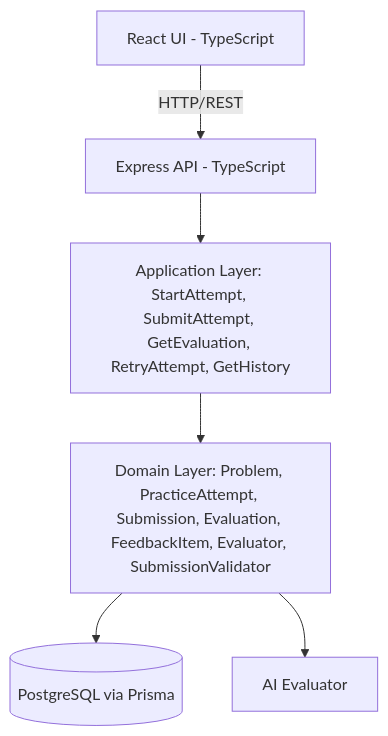
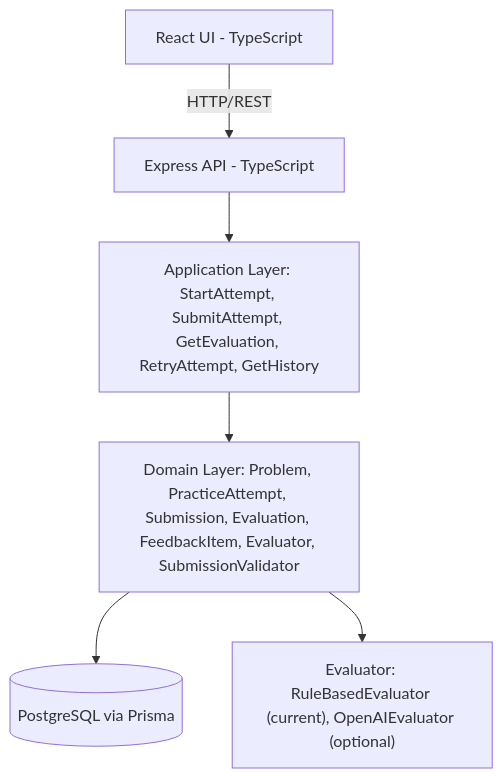
The second of 5 diagrams in design.md (shaurya-sehgal5/LLD), drawn with Mermaid before and after one commit. The commit also changed other lines of this file and 5 other files, not shown here.

````diff
--- a/design.md
+++ b/design.md
@@ -51,15 +53,15 @@
 ```mermaid
 flowchart TB
     UI["React UI - TypeScript"]
     API["Express API - TypeScript"]
     APP["Application Layer: StartAttempt, SubmitAttempt, GetEvaluation, RetryAttempt, GetHistory"]
     DOMAIN["Domain Layer: Problem, PracticeAttempt, Submission, Evaluation, FeedbackItem, Evaluator, SubmissionValidator"]
     DB[("PostgreSQL via Prisma")]
-    AI["AI Evaluator"]
+    EVAL["Evaluator: RuleBasedEvaluator (current), OpenAIEvaluator (optional)"]
 
     UI -- HTTP/REST --> API
     API --> APP
     APP --> DOMAIN
     DOMAIN --> DB
-    DOMAIN --> AI
+    DOMAIN --> EVAL
 ```
````
